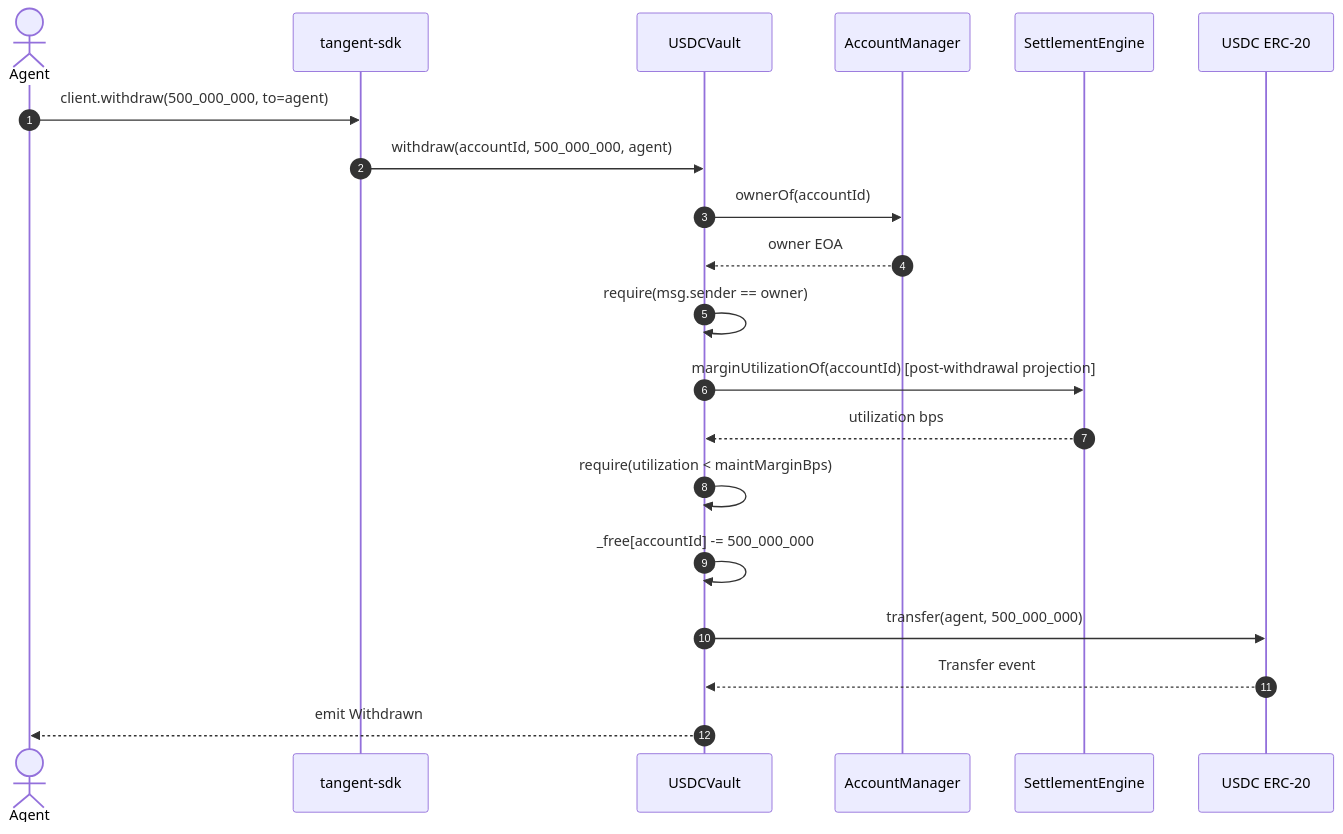
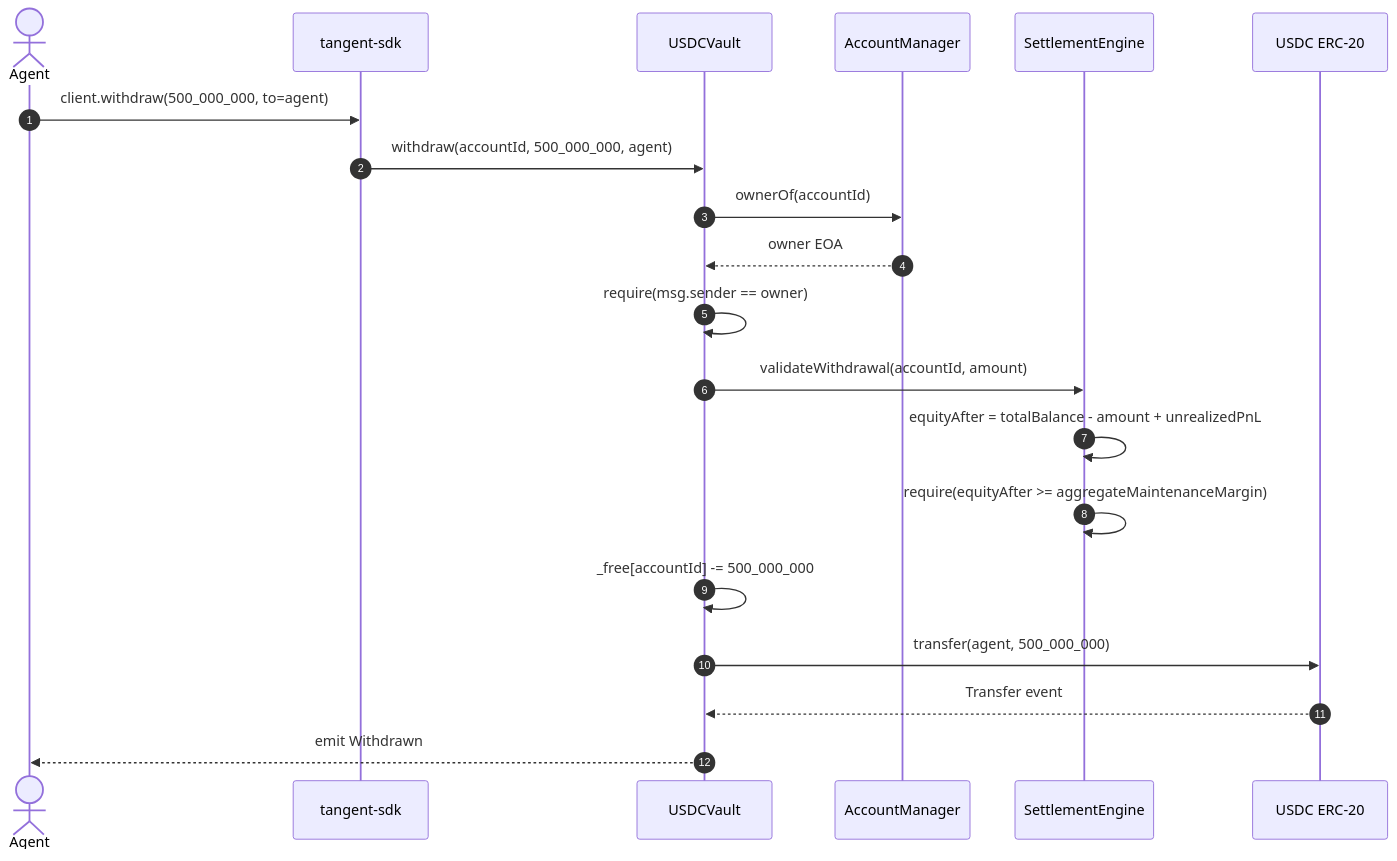
The seventh of 9 diagrams in ARCHITECTURE.md (JagritGumber/tangent), drawn with Mermaid before and after one commit. The commit also changed other lines of this file and 7 other files, not shown here.

Commit message:
Enforce withdrawal maintenance checks

````diff
--- a/ARCHITECTURE.md
+++ b/ARCHITECTURE.md
@@ -391,23 +391,23 @@
 ```mermaid
 sequenceDiagram
     autonumber
     actor Agent
     participant SDK as tangent-sdk
     participant V as USDCVault
     participant AM as AccountManager
     participant SE as SettlementEngine
     participant USDC as USDC ERC-20
 
     Agent->>SDK: client.withdraw(500_000_000, to=agent)
     SDK->>V: withdraw(accountId, 500_000_000, agent)
     V->>AM: ownerOf(accountId)
     AM-->>V: owner EOA
     V->>V: require(msg.sender == owner)
-    V->>SE: marginUtilizationOf(accountId) [post-withdrawal projection]
-    SE-->>V: utilization bps
-    V->>V: require(utilization < maintMarginBps)
+    V->>SE: validateWithdrawal(accountId, amount)
+    SE->>SE: equityAfter = totalBalance - amount + unrealizedPnL
+    SE->>SE: require(equityAfter >= aggregateMaintenanceMargin)
     V->>V: _free[accountId] -= 500_000_000
     V->>USDC: transfer(agent, 500_000_000)
     USDC-->>V: Transfer event
     V-->>Agent: emit Withdrawn
 ```
````
